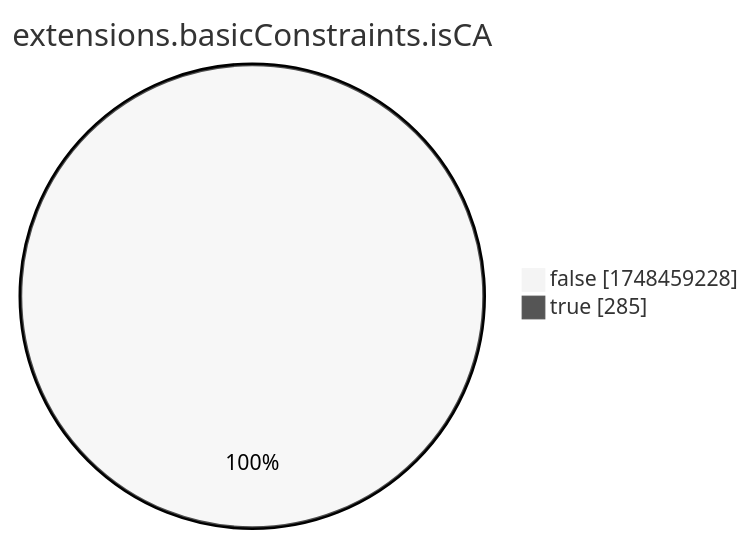
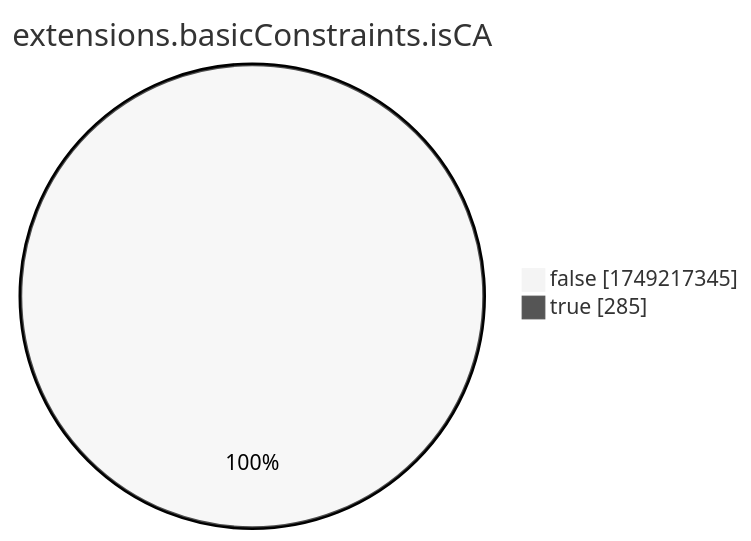
The eighth of 15 diagrams in xenon2022/README.md (christiankrug/ctmonitor_visualization), drawn with Mermaid (neutral theme) before and after one commit. The commit also changed other lines of this file, not shown here.

````diff
--- a/xenon2022/README.md
+++ b/xenon2022/README.md
@@ -2867,6 +2867,6 @@
 ```mermaid
 pie showData
 title extensions.basicConstraints.isCA
-"false" :1748459228
+"false" :1749217345
 "true" :285
 ```
````
